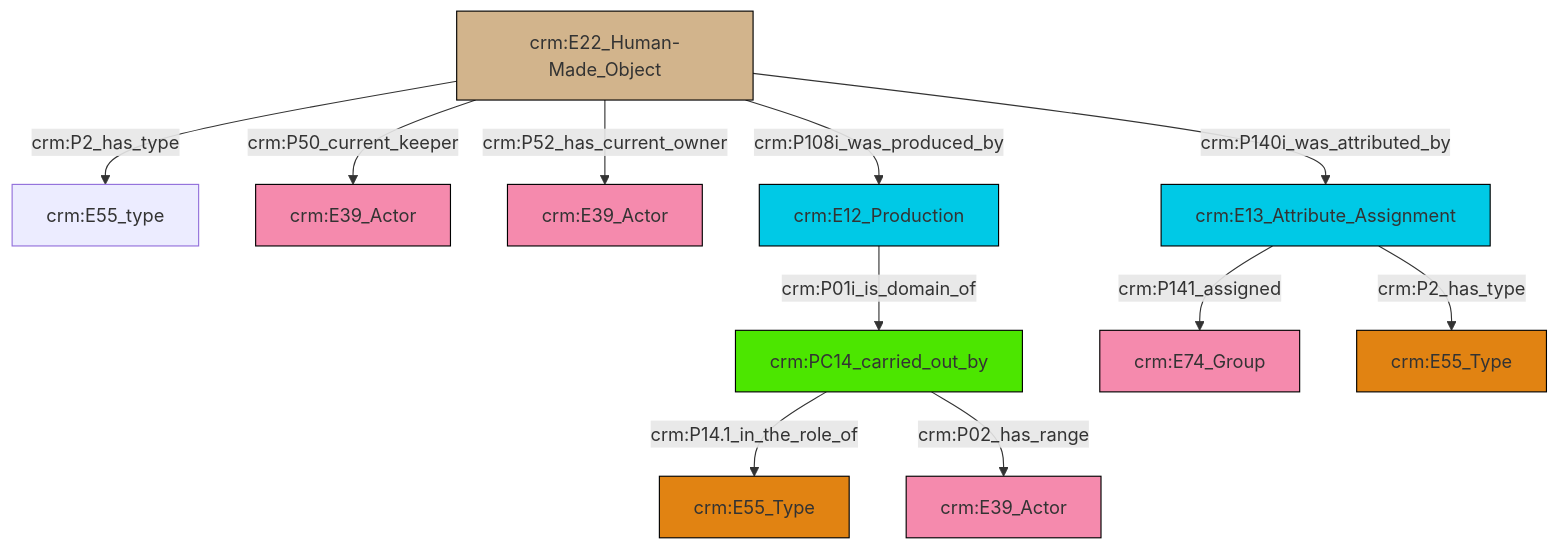
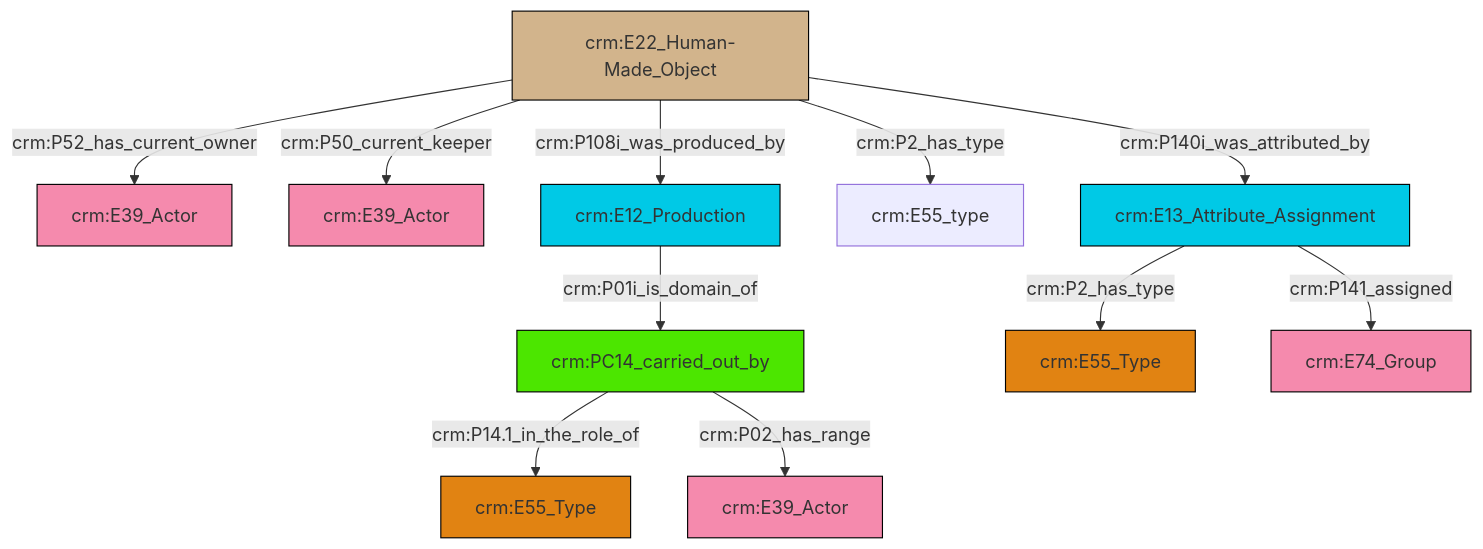
Before and after one commit to swiss-art-research-net/docs.swissartresearch: the diagram in et/artworkCSV/ttl/mmd/Artwork_Actor_Relations.ttl.mmd, drawn with Mermaid. The commit also changed 177 other files, not shown here.

```diff
--- a/et/artworkCSV/ttl/mmd/Artwork_Actor_Relations.ttl.mmd
+++ b/et/artworkCSV/ttl/mmd/Artwork_Actor_Relations.ttl.mmd
@@ -1,25 +1,25 @@
 graph TD
 classDef Literal fill:#f2f2f2,stroke:#000000;
 classDef CRM_Entity fill:#FFFFFF,stroke:#000000;
 classDef Temporal_Entity fill:#00C9E6, stroke:#000000;
 classDef Type fill:#E18312, stroke:#000000;
 classDef Time-Span fill:#2C9C91, stroke:#000000;
 classDef Appellation fill:#FFEB7F, stroke:#000000;
 classDef Place fill:#008836, stroke:#000000;
 classDef Persistent_Item fill:#B266B2, stroke:#000000;
 classDef Conceptual_Object fill:#FFD700, stroke:#000000;
 classDef Physical_Thing fill:#D2B48C, stroke:#000000;
 classDef Actor fill:#f58aad, stroke:#000000;
 classDef PC_Classes fill:#4ce600, stroke:#000000;
 classDef Multi fill:#cccccc,stroke:#000000;
 
-2["crm:PC14_carried_out_by"]:::PC_Classes -->|crm:P14.1_in_the_role_of| 3["crm:E55_Type"]:::Type
-8["crm:E22_Human-Made_Object"]:::Physical_Thing -->|crm:P52_has_current_owner| 6["crm:E39_Actor"]:::Actor
-10["crm:E13_Attribute_Assignment"]:::Temporal_Entity -->|crm:P141_assigned| 11["crm:E74_Group"]:::Actor
-8["crm:E22_Human-Made_Object"]:::Physical_Thing -->|crm:P2_has_type| 0["crm:E55_type"]:::Default
-2["crm:PC14_carried_out_by"]:::PC_Classes -->|crm:P02_has_range| 18["crm:E39_Actor"]:::Actor
-10["crm:E13_Attribute_Assignment"]:::Temporal_Entity -->|crm:P2_has_type| 13["crm:E55_Type"]:::Type
-8["crm:E22_Human-Made_Object"]:::Physical_Thing -->|crm:P108i_was_produced_by| 16["crm:E12_Production"]:::Temporal_Entity
-16["crm:E12_Production"]:::Temporal_Entity -->|crm:P01i_is_domain_of| 2["crm:PC14_carried_out_by"]:::PC_Classes
-8["crm:E22_Human-Made_Object"]:::Physical_Thing -->|crm:P50_current_keeper| 4["crm:E39_Actor"]:::Actor
-8["crm:E22_Human-Made_Object"]:::Physical_Thing -->|crm:P140i_was_attributed_by| 10["crm:E13_Attribute_Assignment"]:::Temporal_Entity
+2["crm:E22_Human-Made_Object"]:::Physical_Thing -->|crm:P52_has_current_owner| 3["crm:E39_Actor"]:::Actor
+2["crm:E22_Human-Made_Object"]:::Physical_Thing -->|crm:P2_has_type| 9["crm:E55_type"]:::Default
+2["crm:E22_Human-Made_Object"]:::Physical_Thing -->|crm:P140i_was_attributed_by| 6["crm:E13_Attribute_Assignment"]:::Temporal_Entity
+6["crm:E13_Attribute_Assignment"]:::Temporal_Entity -->|crm:P2_has_type| 11["crm:E55_Type"]:::Type
+0["crm:PC14_carried_out_by"]:::PC_Classes -->|crm:P14.1_in_the_role_of| 12["crm:E55_Type"]:::Type
+14["crm:E12_Production"]:::Temporal_Entity -->|crm:P01i_is_domain_of| 0["crm:PC14_carried_out_by"]:::PC_Classes
+2["crm:E22_Human-Made_Object"]:::Physical_Thing -->|crm:P50_current_keeper| 4["crm:E39_Actor"]:::Actor
+2["crm:E22_Human-Made_Object"]:::Physical_Thing -->|crm:P108i_was_produced_by| 14["crm:E12_Production"]:::Temporal_Entity
+6["crm:E13_Attribute_Assignment"]:::Temporal_Entity -->|crm:P141_assigned| 19["crm:E74_Group"]:::Actor
+0["crm:PC14_carried_out_by"]:::PC_Classes -->|crm:P02_has_range| 15["crm:E39_Actor"]:::Actor
```
